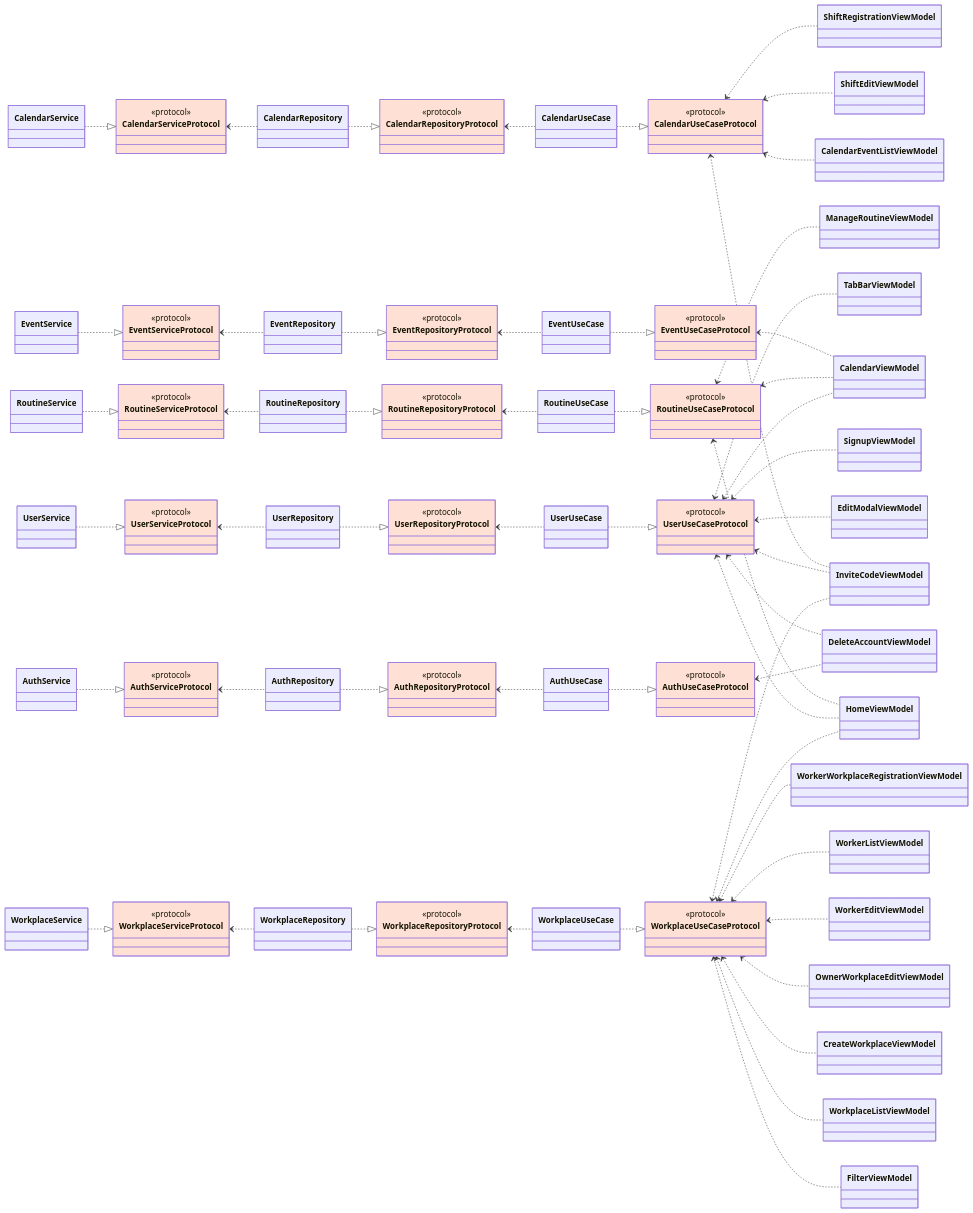
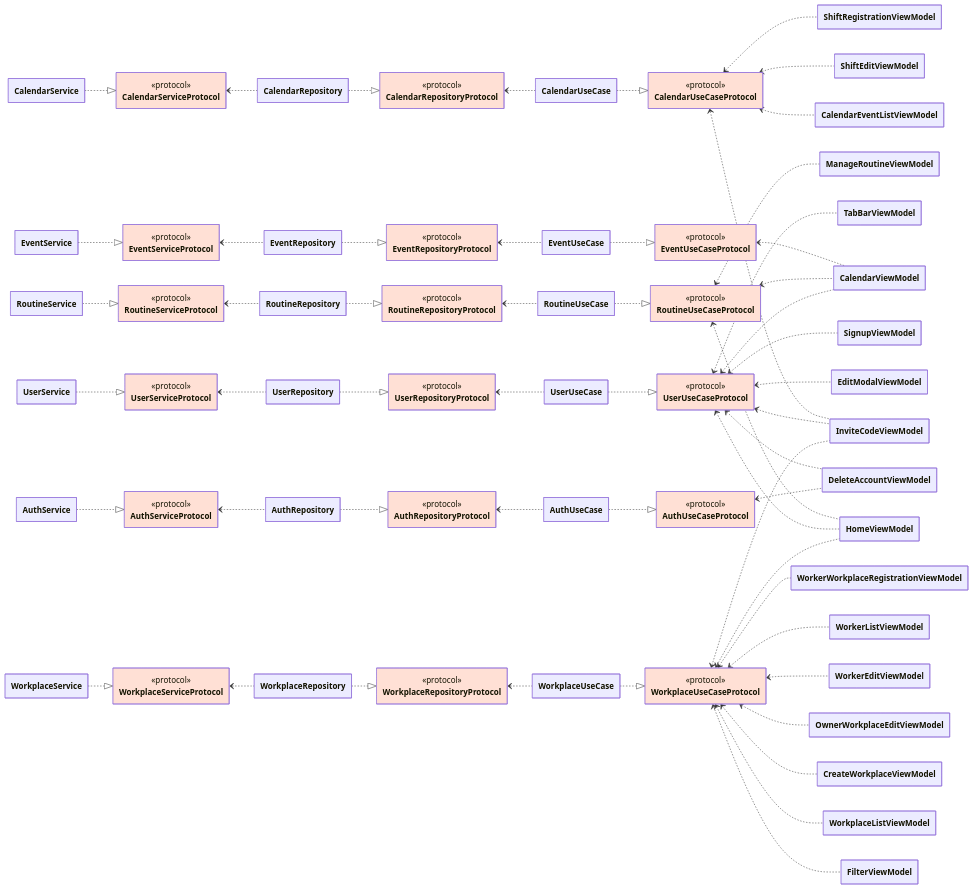
Before and after one commit to 5-rganization/MOUP-iOS: the first of 3 diagrams in README.md, drawn with Mermaid. The commit also changed other lines of this file, not shown here.

Commit message:
docs: 리팩토링 과정 의존성 다이어그램 추가

```diff
--- a/README.md
+++ b/README.md
@@ -69,6 +69,9 @@
         "nodePlacementStrategy": "BRANDES_KOEPF",
         "forceNodeModelOrder": false,
         "considerModelOrder": "NODES_AND_EDGES"
+    },
+    "class": {
+        "hideEmptyMembersBox": true
     }
   }
 }%%
```
